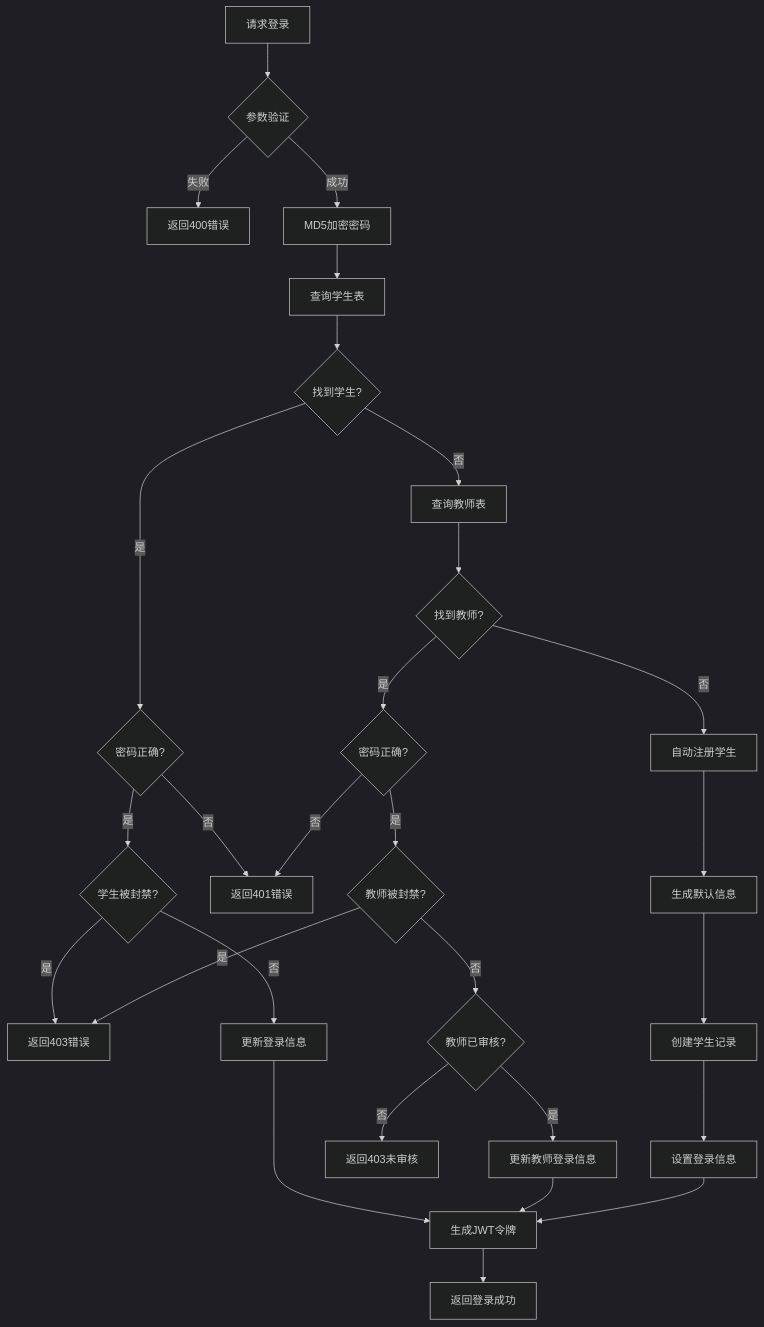
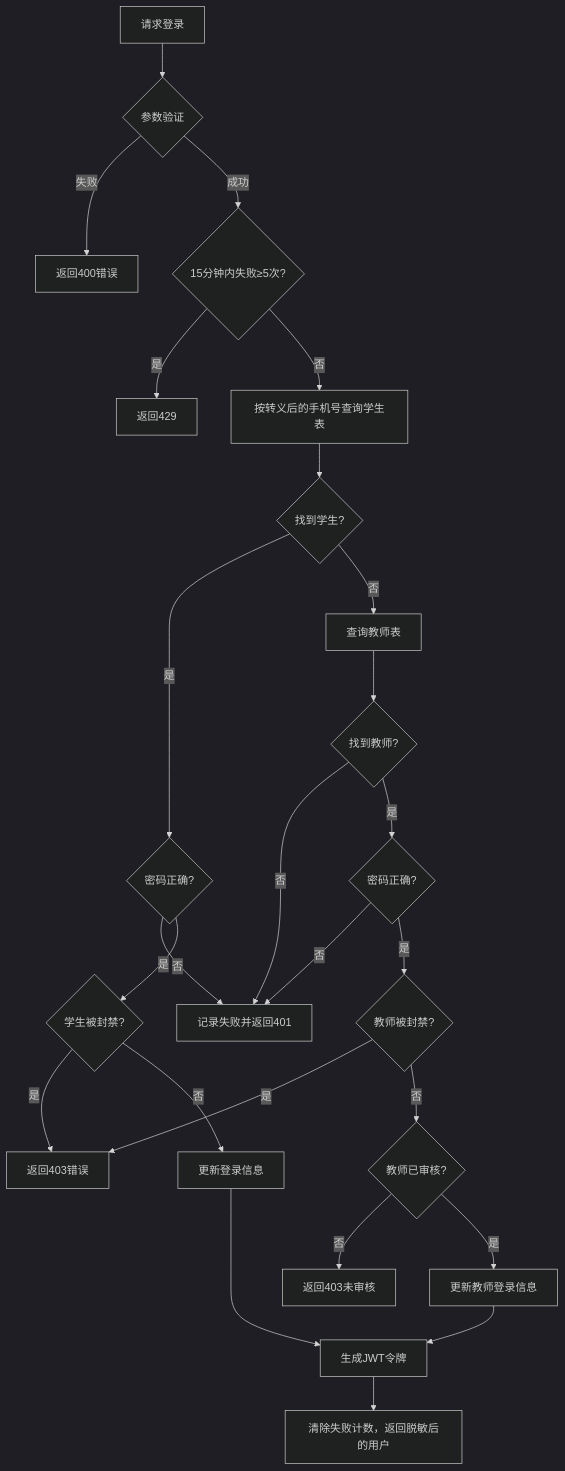
Before and after one commit to imatrixme/ikanyue: the diagram in ikanyue.mapi.hono/src/routes/user/login.js.md, drawn with Mermaid (dark theme). The commit also changed other lines of this file and 15 other files, not shown here.

````diff
--- a/ikanyue.mapi.hono/src/routes/user/login.js.md
+++ b/ikanyue.mapi.hono/src/routes/user/login.js.md
@@ -9,30 +9,27 @@
 ```mermaid
 flowchart TD
     A[请求登录] --> B{参数验证}
     B -->|失败| C[返回400错误]
-    B -->|成功| D[MD5加密密码]
-    D --> E[查询学生表]
+    B -->|成功| T{15分钟内失败≥5次?}
+    T -->|是| U[返回429]
+    T -->|否| E[按转义后的手机号查询学生表]
     E --> F{找到学生?}
     F -->|是| G{密码正确?}
     F -->|否| H[查询教师表]
+    G -->|否| J[记录失败并返回401]
     G -->|是| I{学生被封禁?}
-    G -->|否| J[返回401错误]
     I -->|是| K[返回403错误]
     I -->|否| L[更新登录信息]
     H --> M{找到教师?}
+    M -->|否| J
     M -->|是| N{密码正确?}
-    M -->|否| O[自动注册学生]
+    N -->|否| J
     N -->|是| P{教师被封禁?}
-    N -->|否| J
     P -->|是| K
     P -->|否| Q{教师已审核?}
+    Q -->|否| S[返回403未审核]
     Q -->|是| R[更新教师登录信息]
-    Q -->|否| S[返回403未审核]
-    O --> T[生成默认信息]
-    T --> U[创建学生记录]
-    U --> V[设置登录信息]
     L --> W[生成JWT令牌]
     R --> W
-    V --> W
-    W --> X[返回登录成功]
+    W --> X[清除失败计数，返回脱敏后的用户]
 ```
````
